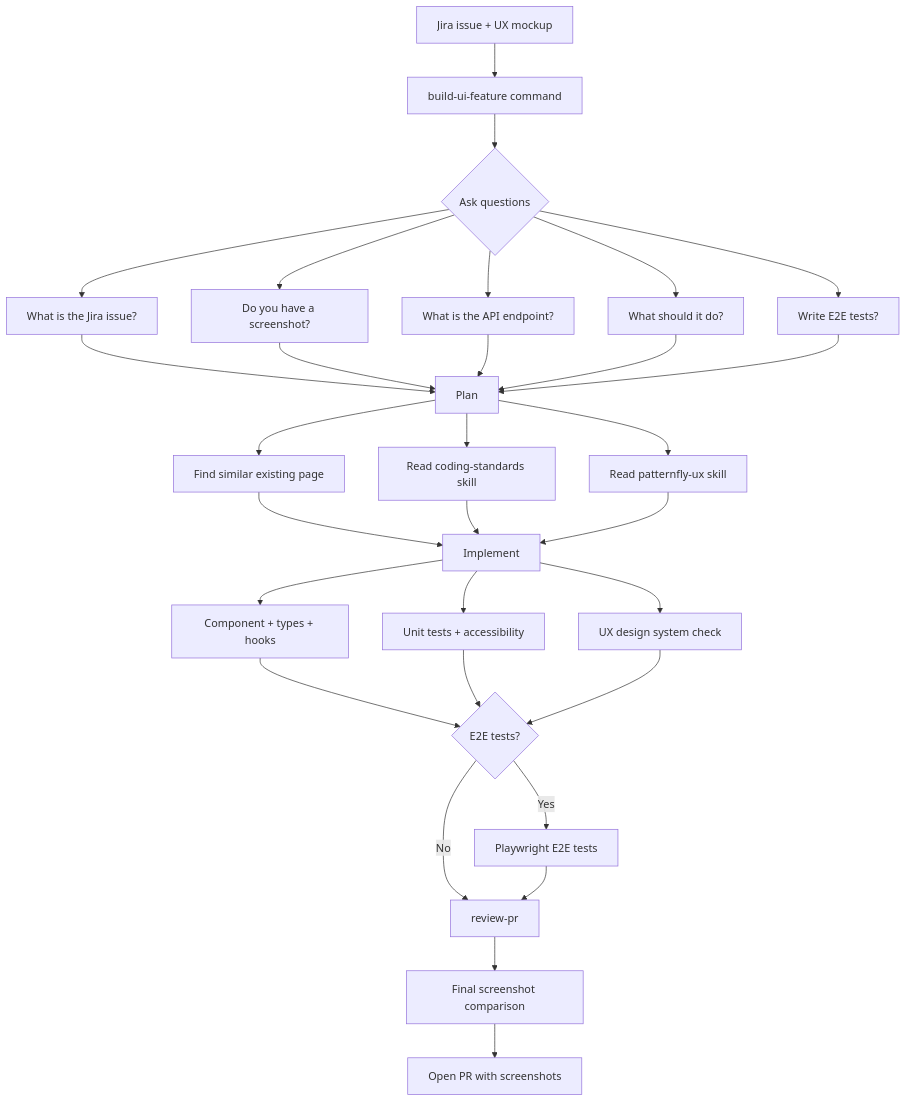
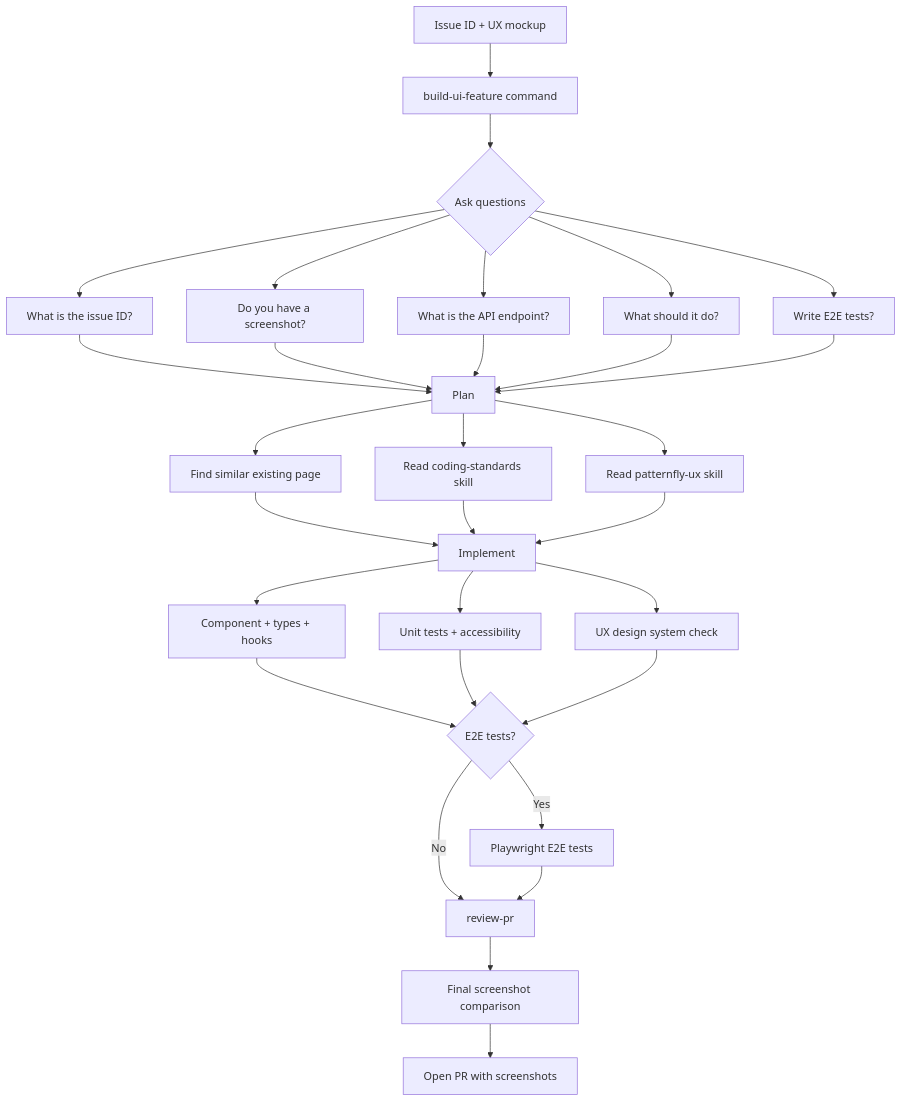
Before and after one commit to alinabuzachis/syntara: the diagram in frontend/docs/ai-assisted-development.md, drawn with Mermaid. The commit also changed other lines of this file and 15 other files, not shown here.

First line of the commit message:
docs: sanitize architecture docs for upstream publication (#735)

````diff
--- a/frontend/docs/ai-assisted-development.md
+++ b/frontend/docs/ai-assisted-development.md
@@ -31,24 +31,24 @@
 ```mermaid
 flowchart TD
-    A[Jira issue + UX mockup] --> B["build-ui-feature command"]
+    A[Issue ID + UX mockup] --> B["build-ui-feature command"]
     B --> C{Ask questions}
-    C --> C1[What is the Jira issue?]
+    C --> C1[What is the issue ID?]
     C --> C2[Do you have a screenshot?]
     C --> C3[What is the API endpoint?]
     C --> C4[What should it do?]
     C --> C5[Write E2E tests?]
     C1 & C2 & C3 & C4 & C5 --> D[Plan]
     D --> D1[Find similar existing page]
     D --> D2[Read coding-standards skill]
     D --> D3[Read patternfly-ux skill]
     D1 & D2 & D3 --> E[Implement]
     E --> E1[Component + types + hooks]
     E --> E2[Unit tests + accessibility]
     E --> E3[UX design system check]
     E1 & E2 & E3 --> F{E2E tests?}
     F -- Yes --> G[Playwright E2E tests]
     F -- No --> H["review-pr"]
     G --> H
     H --> I[Final screenshot comparison]
     I --> J[Open PR with screenshots]
 ```
````
